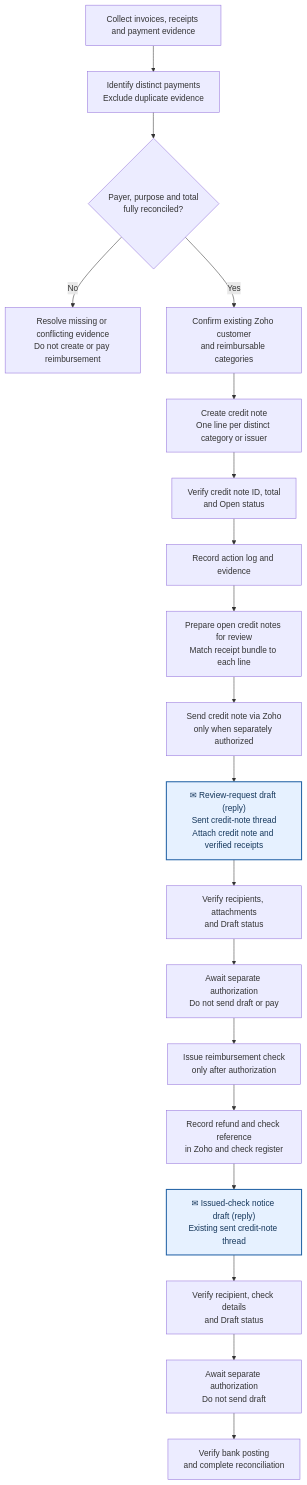
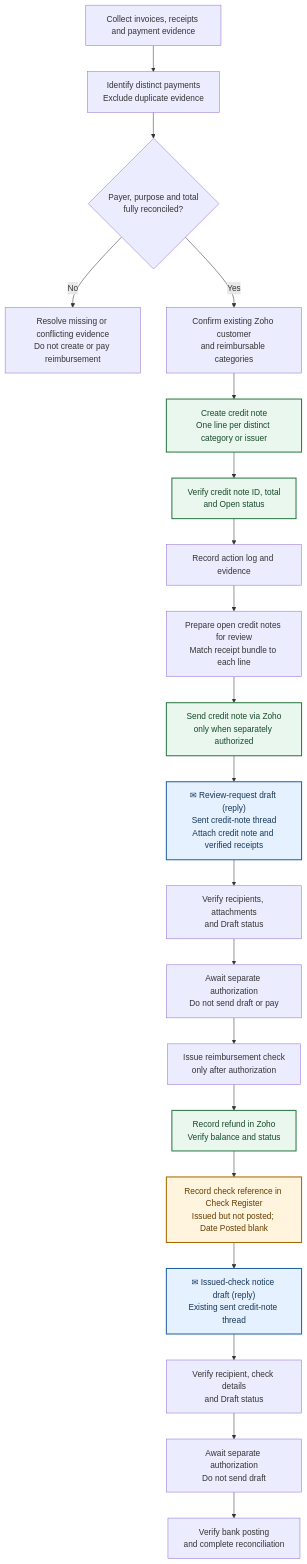
The diagram in docs/treasurer/reimbursements.md (SFFilAmLions/club-handbook), drawn with Mermaid before and after one commit. The commit also changed other lines of this file, not shown here.

Commit message:
docs(treasurer): style reimbursement lifecycle operations

````diff
--- a/docs/treasurer/reimbursements.md
+++ b/docs/treasurer/reimbursements.md
@@ -10,23 +10,28 @@
 ```mermaid
 flowchart TD
     A["Collect invoices, receipts and payment evidence"] --> B["Identify distinct payments<br/>Exclude duplicate evidence"]
     B --> C{"Payer, purpose and total<br/>fully reconciled?"}
     C -->|No| D["Resolve missing or conflicting evidence<br/>Do not create or pay reimbursement"]
     C -->|Yes| E["Confirm existing Zoho customer<br/>and reimbursable categories"]
     E --> F["Create credit note<br/>One line per distinct category or issuer"]
     F --> G["Verify credit note ID, total<br/>and Open status"]
     G --> H["Record action log and evidence"]
     H --> I["Prepare open credit notes for review<br/>Match receipt bundle to each line"]
     I --> J["Send credit note via Zoho<br/>only when separately authorized"]
     J --> K["✉ Review-request draft (reply)<br/>Sent credit-note thread<br/>Attach credit note and verified receipts"]
     K --> L["Verify recipients, attachments<br/>and Draft status"]
     L --> M["Await separate authorization<br/>Do not send draft or pay"]
     M --> N["Issue reimbursement check<br/>only after authorization"]
-    N --> O["Record refund and check reference<br/>in Zoho and check register"]
-    O --> P["✉ Issued-check notice draft (reply)<br/>Existing sent credit-note thread"]
-    P --> Q["Verify recipient, check details<br/>and Draft status"]
-    Q --> R["Await separate authorization<br/>Do not send draft"]
-    R --> S["Verify bank posting<br/>and complete reconciliation"]
+    N --> O["Record refund in Zoho<br/>Verify balance and status"]
+    O --> P["Record check reference in Check Register<br/>Issued but not posted; Date Posted blank"]
+    P --> Q["✉ Issued-check notice draft (reply)<br/>Existing sent credit-note thread"]
+    Q --> R["Verify recipient, check details<br/>and Draft status"]
+    R --> S["Await separate authorization<br/>Do not send draft"]
+    S --> T["Verify bank posting<br/>and complete reconciliation"]
     classDef email fill:#e6f1ff,stroke:#2463a6,stroke-width:2px,color:#15375b
-    class K,P email
+    classDef zoho fill:#e9f7ef,stroke:#2d7a46,stroke-width:2px,color:#174a29
+    classDef register fill:#fff4dd,stroke:#a96900,stroke-width:2px,color:#663d00
+    class F,G,J,O zoho
+    class P register
+    class K,Q email
 ```
````
